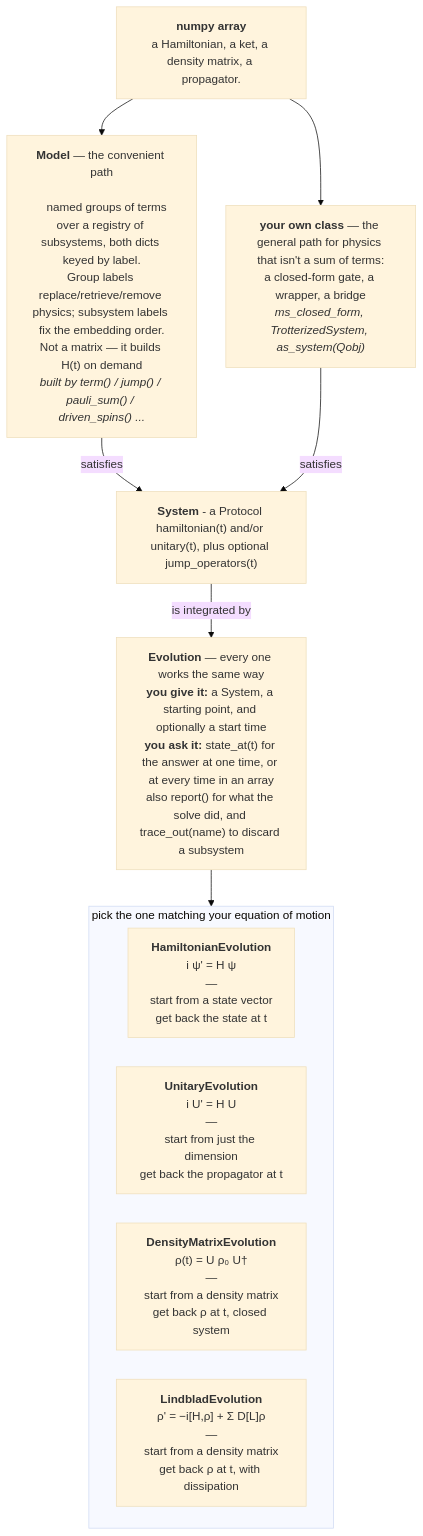
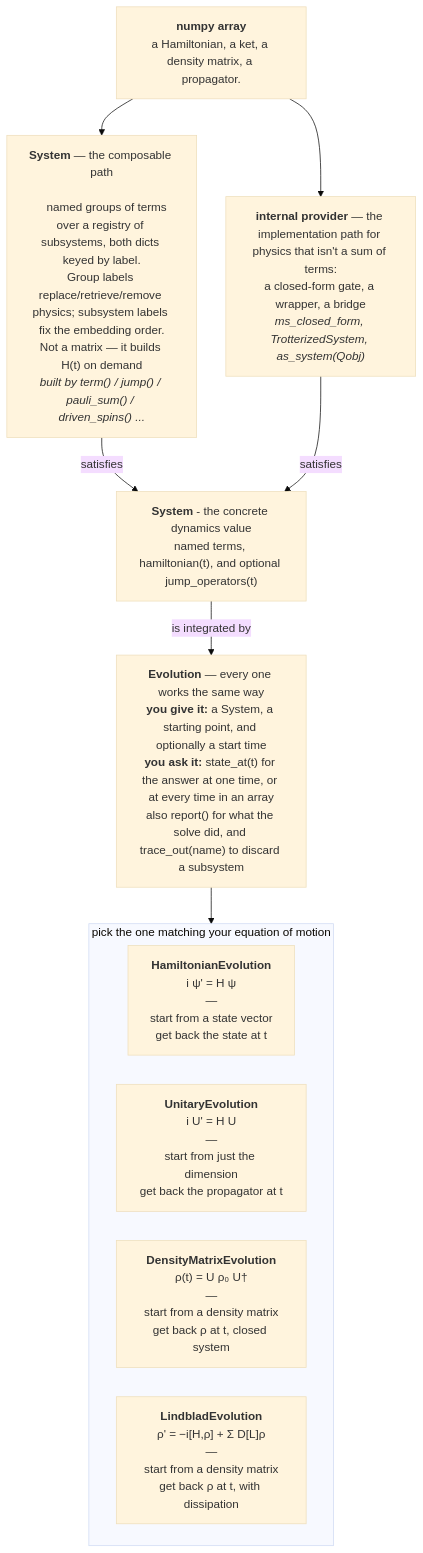
The diagram in README.md (bharraz/htdse), drawn with Mermaid (base theme) before and after one commit. The commit also changed other lines of this file and 19 other files, not shown here.

Commit message:
Rename Model to System

````diff
--- a/README.md
+++ b/README.md
@@ -47,28 +47,28 @@
 ```mermaid
 %%{init: {"flowchart": {"rankSpacing": 50, "nodeSpacing": 40}}}%%
 flowchart TB
     OP["<b>numpy array</b><br/>a Hamiltonian, a ket, a density matrix, a propagator."]
-    MODEL["<b>Model</b> — the convenient path<br/>
+    MODEL["<b>System</b> — the composable path<br/>
     named groups of terms over a registry of subsystems, both dicts keyed by label.<br/>Group labels replace/retrieve/remove physics; subsystem labels fix the embedding order.<br/>Not a matrix — it builds H(t) on demand<br/><i>built by term() / jump() / pauli_sum() / driven_spins() ...</i>"]
 
-    OWN["<b>your own class</b> — the general path for physics that isn't a sum of terms:<br/>a closed-form gate, a wrapper, a bridge<br/><i>ms_closed_form, TrotterizedSystem, as_system(Qobj)</i>"]
+    OWN["<b>internal provider</b> — the implementation path for physics that isn't a sum of terms:<br/>a closed-form gate, a wrapper, a bridge<br/><i>ms_closed_form, TrotterizedSystem, as_system(Qobj)</i>"]
 
-    SYS["<b>System</b> - a Protocol <br/>hamiltonian(t) and/or unitary(t), plus optional jump_operators(t)<br/>"]
+    SYS["<b>System</b> - the concrete dynamics value<br/>named terms, hamiltonian(t), and optional jump_operators(t)<br/>"]
 
     EVOALL["<b>Evolution</b> — every one works the same way<br/><b>you give it:</b> a System, a starting point, and optionally a start time<br/><b>you ask it:</b> state_at(t) for the answer at one time, or at every time in an array<br/>also report() for what the solve did, and trace_out(name) to discard a subsystem<br/>"]
 
     subgraph EVO["pick the one matching your equation of motion"]
         direction LR
         E1["<b>HamiltonianEvolution</b><br/>i ψ' = H ψ<br/>—<br/>start from a state vector<br/>get back the state at t"]
         E2["<b>UnitaryEvolution</b><br/>i U' = H U<br/>—<br/>start from just the dimension<br/>get back the propagator at t"]
         E3["<b>DensityMatrixEvolution</b><br/>ρ(t) = U ρ₀ U†<br/>—<br/>start from a density matrix<br/>get back ρ at t, closed system"]
         E4["<b>LindbladEvolution</b><br/>ρ' = −i[H,ρ] + Σ D[L]ρ<br/>—<br/>start from a density matrix<br/>get back ρ at t, with dissipation"]
     end
 
     OP --> MODEL
     OP --> OWN
     MODEL -- "satisfies" --> SYS
     OWN -- "satisfies" --> SYS
     SYS -- "is integrated by" --> EVOALL
     EVOALL --> EVO
 ```
````
